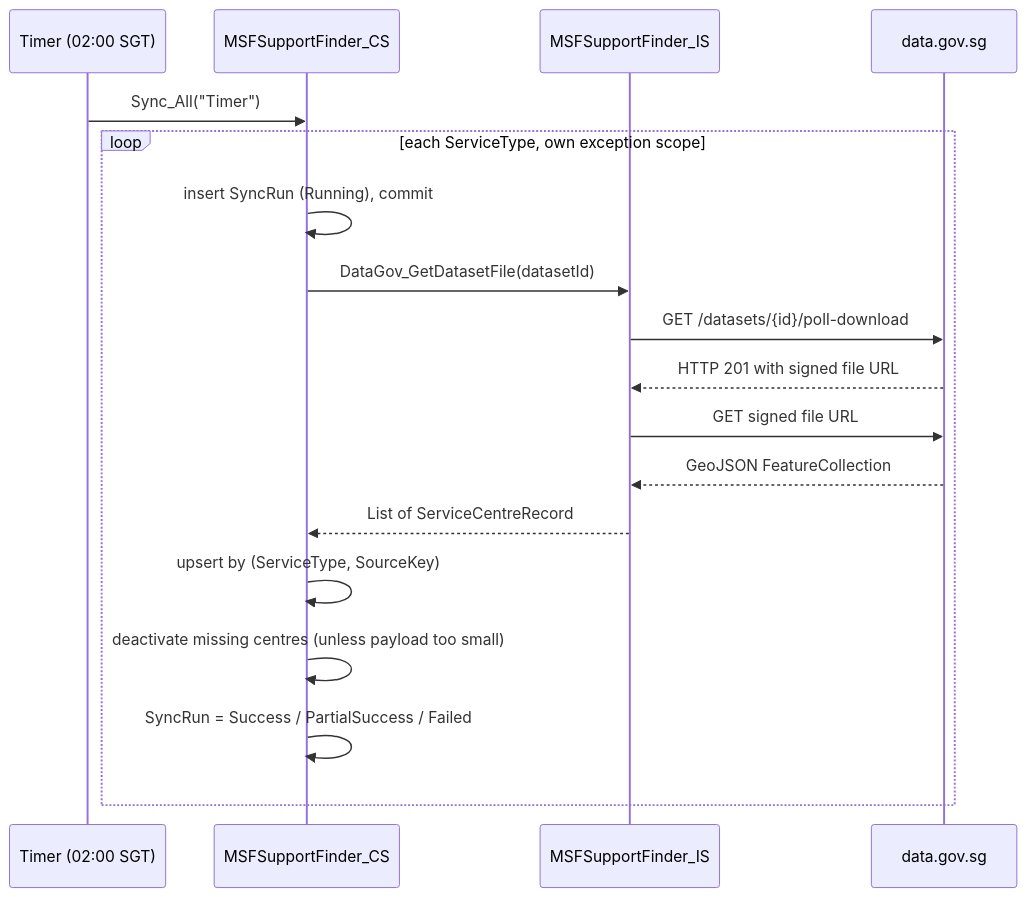
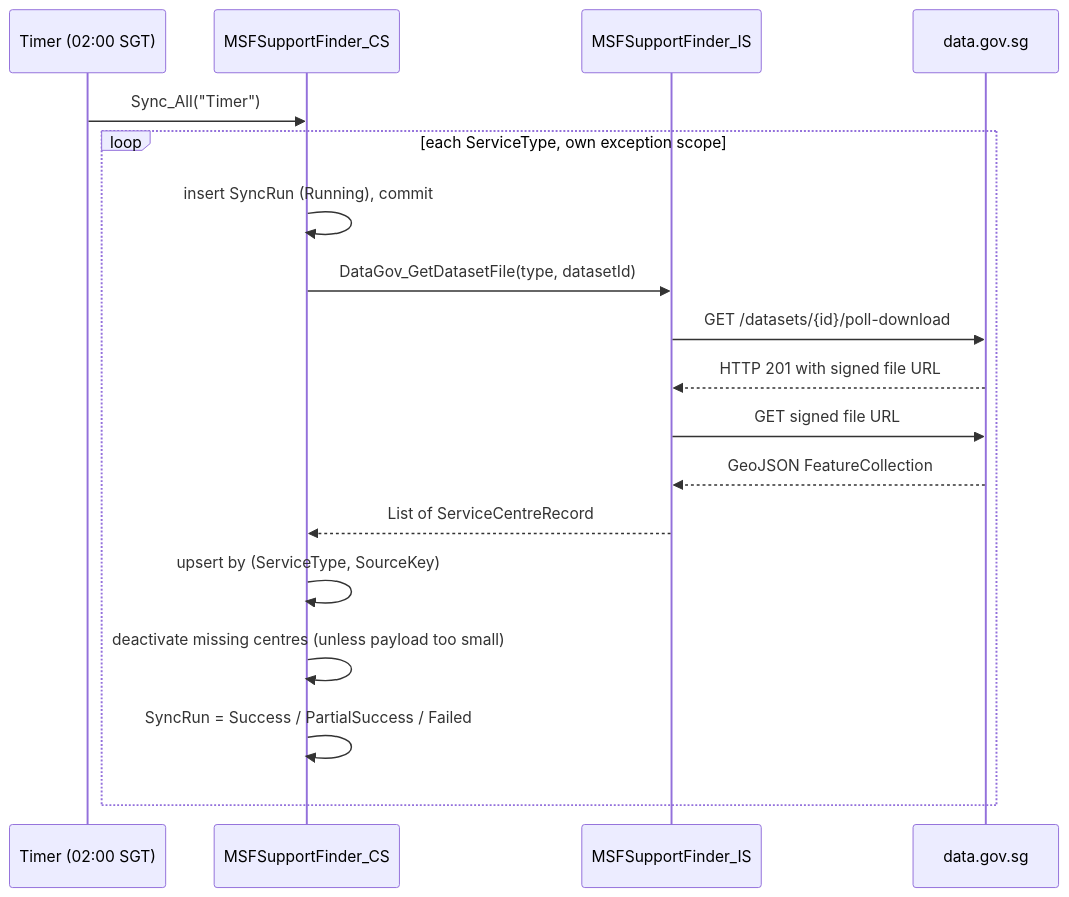
One commit to MarcGenesisPantoja/MSF_TechnicalExam changed the third of 4 diagrams in README.md. Above: the diagram before and after it, drawn with Mermaid. The commit also changed other lines of this file and 8 other files, not shown here.

````diff
--- a/README.md
+++ b/README.md
@@ -151,21 +131,21 @@
 ```mermaid
 sequenceDiagram
     participant T as Timer (02:00 SGT)
     participant CS as MSFSupportFinder_CS
     participant IS as MSFSupportFinder_IS
     participant API as data.gov.sg
 
     T->>CS: Sync_All("Timer")
     loop each ServiceType, own exception scope
         CS->>CS: insert SyncRun (Running), commit
-        CS->>IS: DataGov_GetDatasetFile(datasetId)
+        CS->>IS: DataGov_GetDatasetFile(type, datasetId)
         IS->>API: GET /datasets/{id}/poll-download
         API-->>IS: HTTP 201 with signed file URL
         IS->>API: GET signed file URL
         API-->>IS: GeoJSON FeatureCollection
         IS-->>CS: List of ServiceCentreRecord
         CS->>CS: upsert by (ServiceType, SourceKey)
         CS->>CS: deactivate missing centres (unless payload too small)
         CS->>CS: SyncRun = Success / PartialSuccess / Failed
     end
 ```
````
